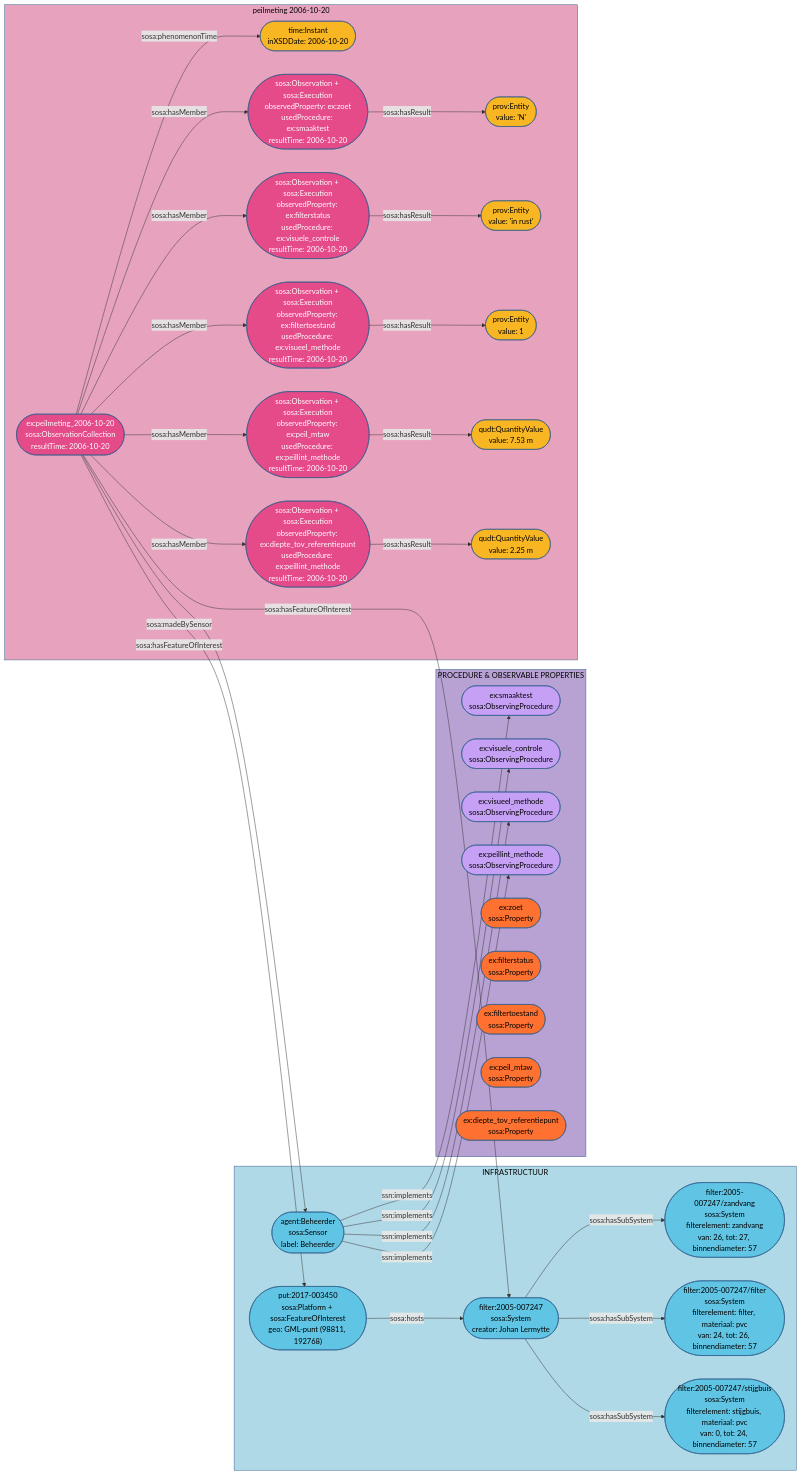
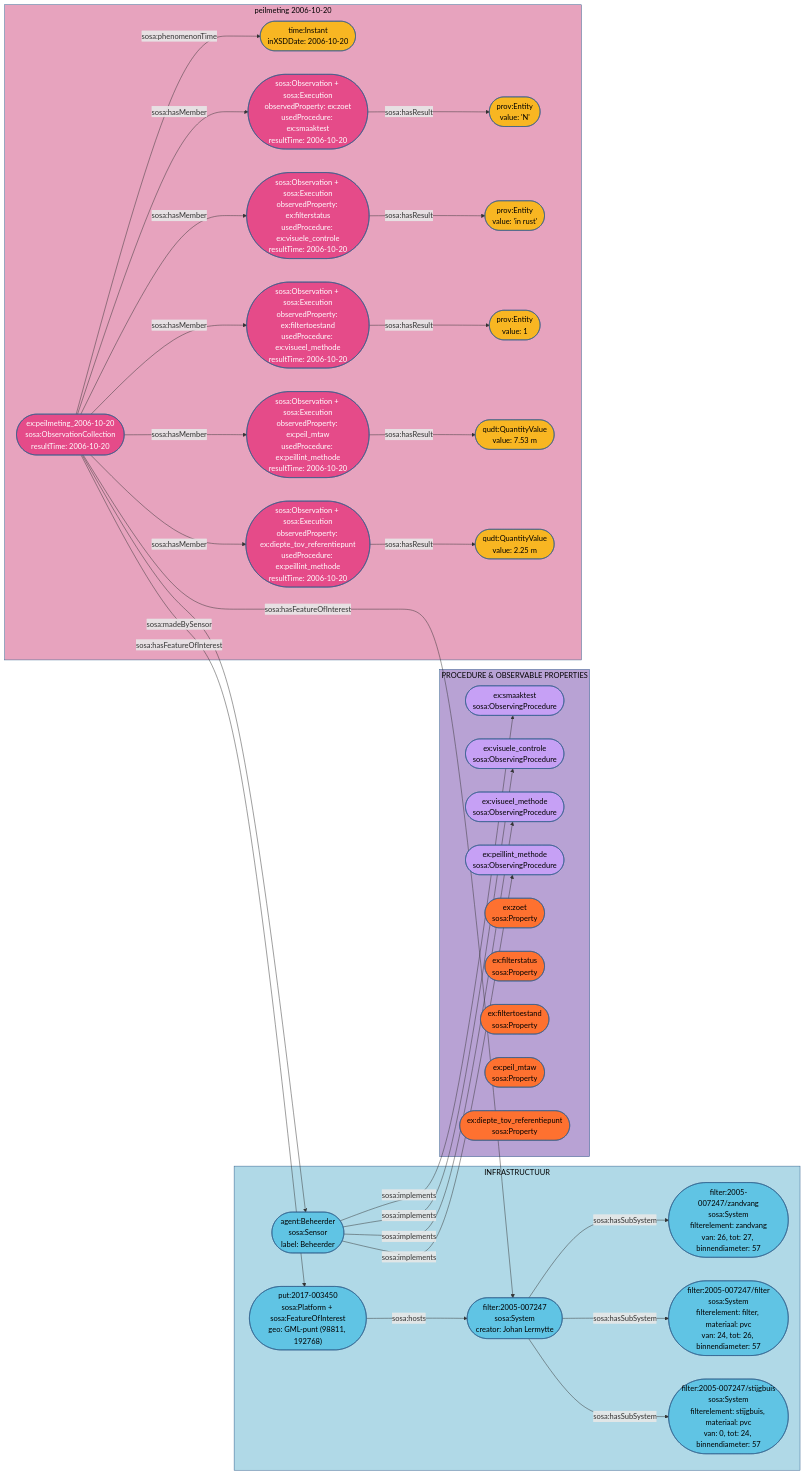
Before and after one commit to Informatievlaanderen/OSLOthema-SSNSOSA-VL: the diagram in src/main/input/grondwaterpeilmetingen/grondwaterpeilmetingen.mmd, drawn with Mermaid. The commit also changed 15 other files, not shown here.

```diff
--- a/src/main/input/grondwaterpeilmetingen/grondwaterpeilmetingen.mmd
+++ b/src/main/input/grondwaterpeilmetingen/grondwaterpeilmetingen.mmd
@@ -1,117 +1,117 @@
 flowchart LR
 
 %% =====================================================
 %% INFRASTRUCTUUR (blauw)
 %% =====================================================
     subgraph INFRA["INFRASTRUCTUUR"]
         PUT(["put:2017-003450<br/>sosa:Platform + sosa:FeatureOfInterest<br/>geo: GML-punt (98811, 192768)"])
         FILTER(["filter:2005-007247<br/>sosa:System<br/>creator: Johan Lermytte"])
         ZANDVANG(["filter:2005-007247/zandvang<br/>sosa:System<br/>filterelement: zandvang<br/>van: 26, tot: 27, binnendiameter: 57"])
         FILTEREL(["filter:2005-007247/filter<br/>sosa:System<br/>filterelement: filter, materiaal: pvc<br/>van: 24, tot: 26, binnendiameter: 57"])
         STIJGBUIS(["filter:2005-007247/stijgbuis<br/>sosa:System<br/>filterelement: stijgbuis, materiaal: pvc<br/>van: 0, tot: 24, binnendiameter: 57"])
         BEHEERDER(["agent:Beheerder<br/>sosa:Sensor<br/>label: Beheerder"])
     end
 
     style INFRA     fill:#b0d9e7,stroke:#2E5C8A,color:#000
     style PUT       fill:#60c4e4,stroke:#2E5C8A,color:#000
     style FILTER    fill:#60c4e4,stroke:#2E5C8A,color:#000
     style ZANDVANG  fill:#60c4e4,stroke:#2E5C8A,color:#000
     style FILTEREL  fill:#60c4e4,stroke:#2E5C8A,color:#000
     style STIJGBUIS fill:#60c4e4,stroke:#2E5C8A,color:#000
     style BEHEERDER fill:#60c4e4,stroke:#2E5C8A,color:#000
 
 %% =====================================================
 %% PROCEDURE & OBSERVABLE PROPERTIES (paars / oranje)
 %% =====================================================
     subgraph PROC["PROCEDURE & OBSERVABLE PROPERTIES"]
         SMAAKTEST(["ex:smaaktest<br/>sosa:ObservingProcedure"])
         VIS_CONTR(["ex:visuele_controle<br/>sosa:ObservingProcedure"])
         VIS_METH(["ex:visueel_methode<br/>sosa:ObservingProcedure"])
         PEILLINT(["ex:peillint_methode<br/>sosa:ObservingProcedure"])
         ZOET(["ex:zoet<br/>sosa:Property"])
         FILTERSTATUS(["ex:filterstatus<br/>sosa:Property"])
         FILTERTOESTAND(["ex:filtertoestand<br/>sosa:Property"])
         PEIL_MTAW(["ex:peil_mtaw<br/>sosa:Property"])
         DIEPTE(["ex:diepte_tov_referentiepunt<br/>sosa:Property"])
     end
 
     style PROC           fill:#b8a2d4,stroke:#2E5C8A,color:#000
     style SMAAKTEST      fill:#c6a0f5,stroke:#2E5C8A,color:#000
     style VIS_CONTR      fill:#c6a0f5,stroke:#2E5C8A,color:#000
     style VIS_METH       fill:#c6a0f5,stroke:#2E5C8A,color:#000
     style PEILLINT       fill:#c6a0f5,stroke:#2E5C8A,color:#000
     style ZOET           fill:#fe7130,stroke:#2E5C8A,color:#000
     style FILTERSTATUS   fill:#fe7130,stroke:#2E5C8A,color:#000
     style FILTERTOESTAND fill:#fe7130,stroke:#2E5C8A,color:#000
     style PEIL_MTAW      fill:#fe7130,stroke:#2E5C8A,color:#000
     style DIEPTE         fill:#fe7130,stroke:#2E5C8A,color:#000
 
 %% =====================================================
 %% WAARNEMING – peilmeting 2006-10-20 (roze)
 %% =====================================================
     subgraph COLL1_SG["peilmeting 2006-10-20"]
         COLL1(["ex:peilmeting_2006-10-20<br/>sosa:ObservationCollection<br/>resultTime: 2006-10-20"])
         TIME1(["time:Instant<br/>inXSDDate: 2006-10-20"])
 
         OBS1_ZOET(["sosa:Observation + sosa:Execution<br/>observedProperty: ex:zoet<br/>usedProcedure: ex:smaaktest<br/>resultTime: 2006-10-20"])
         RES1_ZOET(["prov:Entity<br/>value: 'N'"])
 
         OBS1_FILTS(["sosa:Observation + sosa:Execution<br/>observedProperty: ex:filterstatus<br/>usedProcedure: ex:visuele_controle<br/>resultTime: 2006-10-20"])
         RES1_FILTS(["prov:Entity<br/>value: 'in rust'"])
 
         OBS1_FILTT(["sosa:Observation + sosa:Execution<br/>observedProperty: ex:filtertoestand<br/>usedProcedure: ex:visueel_methode<br/>resultTime: 2006-10-20"])
         RES1_FILTT(["prov:Entity<br/>value: 1"])
 
         OBS1_PEIL(["sosa:Observation + sosa:Execution<br/>observedProperty: ex:peil_mtaw<br/>usedProcedure: ex:peillint_methode<br/>resultTime: 2006-10-20"])
         RES1_PEIL(["qudt:QuantityValue<br/>value: 7.53 m"])
 
         OBS1_DIEPTE(["sosa:Observation + sosa:Execution<br/>observedProperty: ex:diepte_tov_referentiepunt<br/>usedProcedure: ex:peillint_methode<br/>resultTime: 2006-10-20"])
         RES1_DIEPTE(["qudt:QuantityValue<br/>value: 2.25 m"])
     end
 
     style COLL1_SG    fill:#e7a3be,stroke:#2E5C8A,color:#000
     style COLL1       fill:#e54b89,stroke:#2E5C8A,color:#fff
     style TIME1       fill:#f8b622,stroke:#2E5C8A,color:#000
     style OBS1_ZOET   fill:#e54b89,stroke:#2E5C8A,color:#fff
     style RES1_ZOET   fill:#f8b622,stroke:#2E5C8A,color:#000
     style OBS1_FILTS  fill:#e54b89,stroke:#2E5C8A,color:#fff
     style RES1_FILTS  fill:#f8b622,stroke:#2E5C8A,color:#000
     style OBS1_FILTT  fill:#e54b89,stroke:#2E5C8A,color:#fff
     style RES1_FILTT  fill:#f8b622,stroke:#2E5C8A,color:#000
     style OBS1_PEIL   fill:#e54b89,stroke:#2E5C8A,color:#fff
     style RES1_PEIL   fill:#f8b622,stroke:#2E5C8A,color:#000
     style OBS1_DIEPTE fill:#e54b89,stroke:#2E5C8A,color:#fff
     style RES1_DIEPTE fill:#f8b622,stroke:#2E5C8A,color:#000
 
 
 
 
 %% =====================================================
 %% RELATIES – INFRASTRUCTUUR
 %% =====================================================
     PUT      -->|sosa:hosts| FILTER
     FILTER   -->|sosa:hasSubSystem| ZANDVANG
     FILTER   -->|sosa:hasSubSystem| FILTEREL
     FILTER   -->|sosa:hasSubSystem| STIJGBUIS
-    BEHEERDER -->|ssn:implements| SMAAKTEST
-    BEHEERDER -->|ssn:implements| VIS_CONTR
-    BEHEERDER -->|ssn:implements| VIS_METH
-    BEHEERDER -->|ssn:implements| PEILLINT
+    BEHEERDER -->|sosa:implements| SMAAKTEST
+    BEHEERDER -->|sosa:implements| VIS_CONTR
+    BEHEERDER -->|sosa:implements| VIS_METH
+    BEHEERDER -->|sosa:implements| PEILLINT
 
 %% =====================================================
 %% RELATIES – peilmeting 2006-10-20
 %% =====================================================
     COLL1 -->|sosa:phenomenonTime| TIME1
     COLL1 -->|sosa:hasFeatureOfInterest| PUT
     COLL1 -->|sosa:hasFeatureOfInterest| FILTER
     COLL1 -->|sosa:madeBySensor| BEHEERDER
     COLL1 -->|sosa:hasMember| OBS1_ZOET
     COLL1 -->|sosa:hasMember| OBS1_FILTS
     COLL1 -->|sosa:hasMember| OBS1_FILTT
     COLL1 -->|sosa:hasMember| OBS1_PEIL
     COLL1 -->|sosa:hasMember| OBS1_DIEPTE
     OBS1_ZOET   -->|sosa:hasResult| RES1_ZOET
     OBS1_FILTS  -->|sosa:hasResult| RES1_FILTS
     OBS1_FILTT  -->|sosa:hasResult| RES1_FILTT
     OBS1_PEIL   -->|sosa:hasResult| RES1_PEIL
     OBS1_DIEPTE -->|sosa:hasResult| RES1_DIEPTE
```
